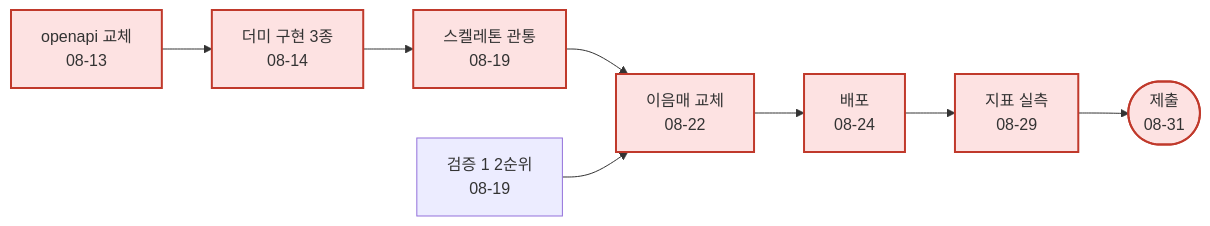
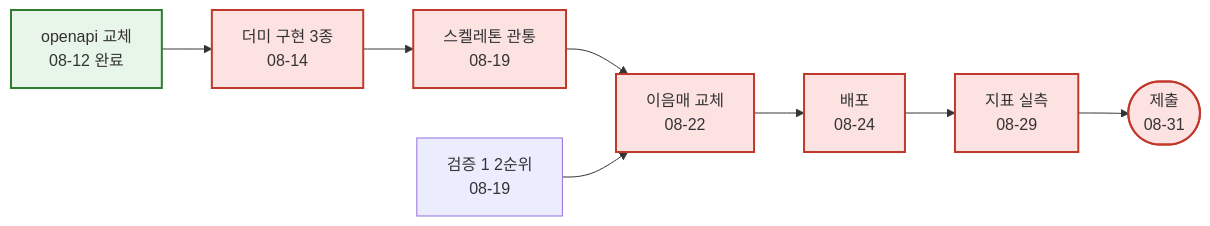
The second of 2 diagrams in docs/역할_일정/00-overall.md (Codeit-AI10-Part4-3Team/AI10-Part4-3Team-Advanced-Project), drawn with Mermaid before and after one commit. The commit also changed other lines of this file and 13 other files, not shown here.

````diff
--- a/docs/역할_일정/00-overall.md
+++ b/docs/역할_일정/00-overall.md
@@ -133,17 +140,19 @@
 ```mermaid
 flowchart LR
-    CONTRACT["openapi 교체<br/>08-13"]
+    CONTRACT["openapi 교체<br/>08-12 완료"]
     DUMMY["더미 구현 3종<br/>08-14"]
     SKEL["스켈레톤 관통<br/>08-19"]
     V1["검증 1 2순위<br/>08-19"]
     SWAP["이음매 교체<br/>08-22"]
     DEPLOY["배포<br/>08-24"]
     MEASURE["지표 실측<br/>08-29"]
     SUBMIT(["제출<br/>08-31"])
 
     CONTRACT --> DUMMY --> SKEL --> SWAP --> DEPLOY --> MEASURE --> SUBMIT
     V1 --> SWAP
 
     classDef crit fill:#fde2e2,stroke:#c0392b,stroke-width:2px
-    class CONTRACT,DUMMY,SKEL,SWAP,DEPLOY,MEASURE,SUBMIT crit
+    classDef done fill:#e8f5e9,stroke:#2e7d32,stroke-width:2px
+    class DUMMY,SKEL,SWAP,DEPLOY,MEASURE,SUBMIT crit
+    class CONTRACT done
 ```
````
